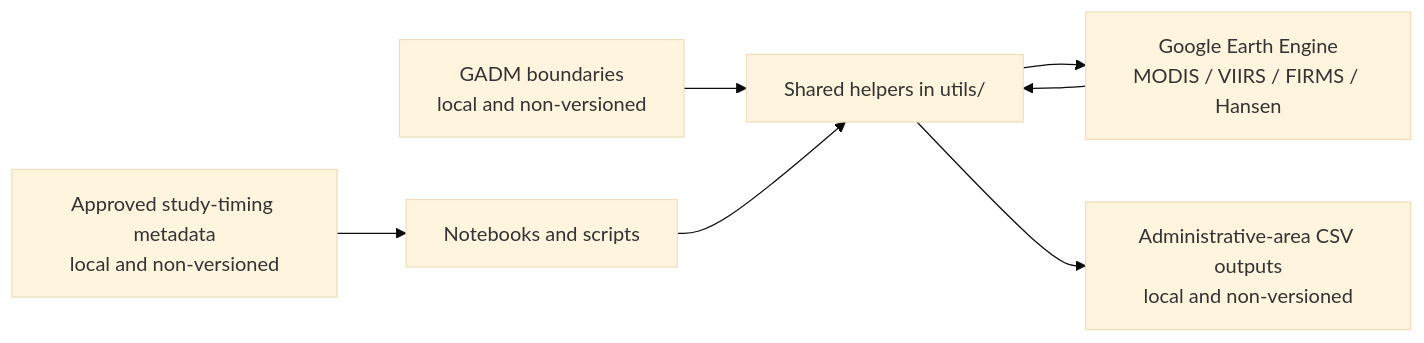
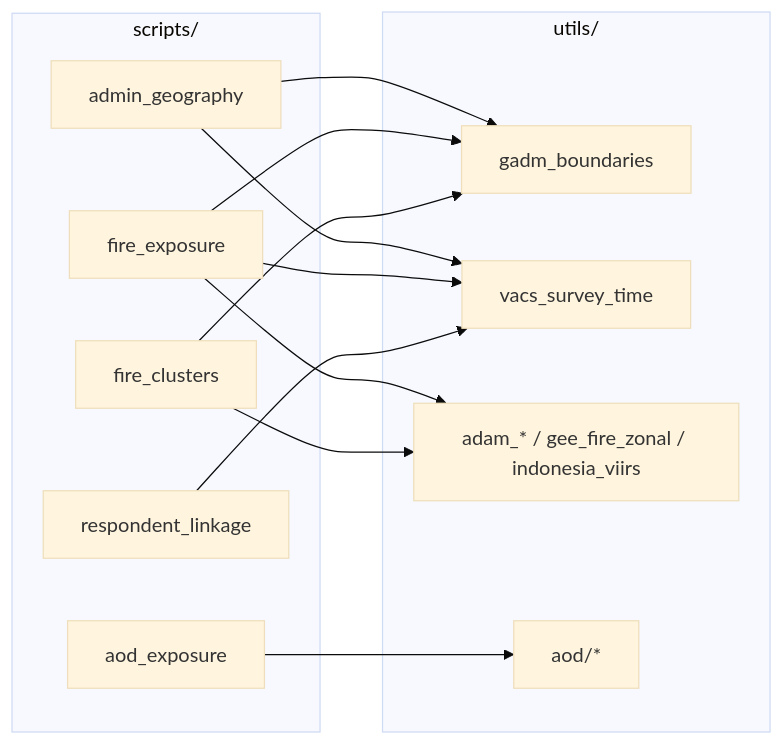
Before and after one commit to JunchenX0809/research_side_projects_ipv_v2: the first of 3 diagrams in README.md, drawn with Mermaid (base theme). The commit also changed other lines of this file and 10 other files, not shown here.

````diff
--- a/README.md
+++ b/README.md
@@ -24,16 +9,25 @@
 ```mermaid
 flowchart LR
-  TIME["Approved study-timing metadata\nlocal and non-versioned"]
-  BOUNDS["GADM boundaries\nlocal and non-versioned"]
-  RUN["Notebooks and scripts"]
-  HELPERS["Shared helpers in utils/"]
-  GEE["Google Earth Engine\nMODIS / VIIRS / FIRMS / Hansen"]
-  RESULTS["Administrative-area CSV outputs\nlocal and non-versioned"]
-
-  TIME --> RUN
-  BOUNDS --> HELPERS
-  RUN --> HELPERS
-  HELPERS --> GEE
-  GEE --> HELPERS
-  HELPERS --> RESULTS
+  subgraph Scripts["scripts/"]
+    GEO["admin_geography"]
+    FIRE["fire_exposure"]
+    CLUSTER["fire_clusters"]
+    AOD["aod_exposure"]
+    LINK["respondent_linkage"]
+  end
+  subgraph Utils["utils/"]
+    BOUND["gadm_boundaries"]
+    TIME["vacs_survey_time"]
+    FIREUTIL["adam_* / gee_fire_zonal / indonesia_viirs"]
+    AODUTIL["aod/*"]
+  end
+  GEO --> BOUND
+  GEO --> TIME
+  FIRE --> BOUND
+  FIRE --> TIME
+  FIRE --> FIREUTIL
+  CLUSTER --> BOUND
+  CLUSTER --> FIREUTIL
+  AOD --> AODUTIL
+  LINK --> TIME
 ```
````
